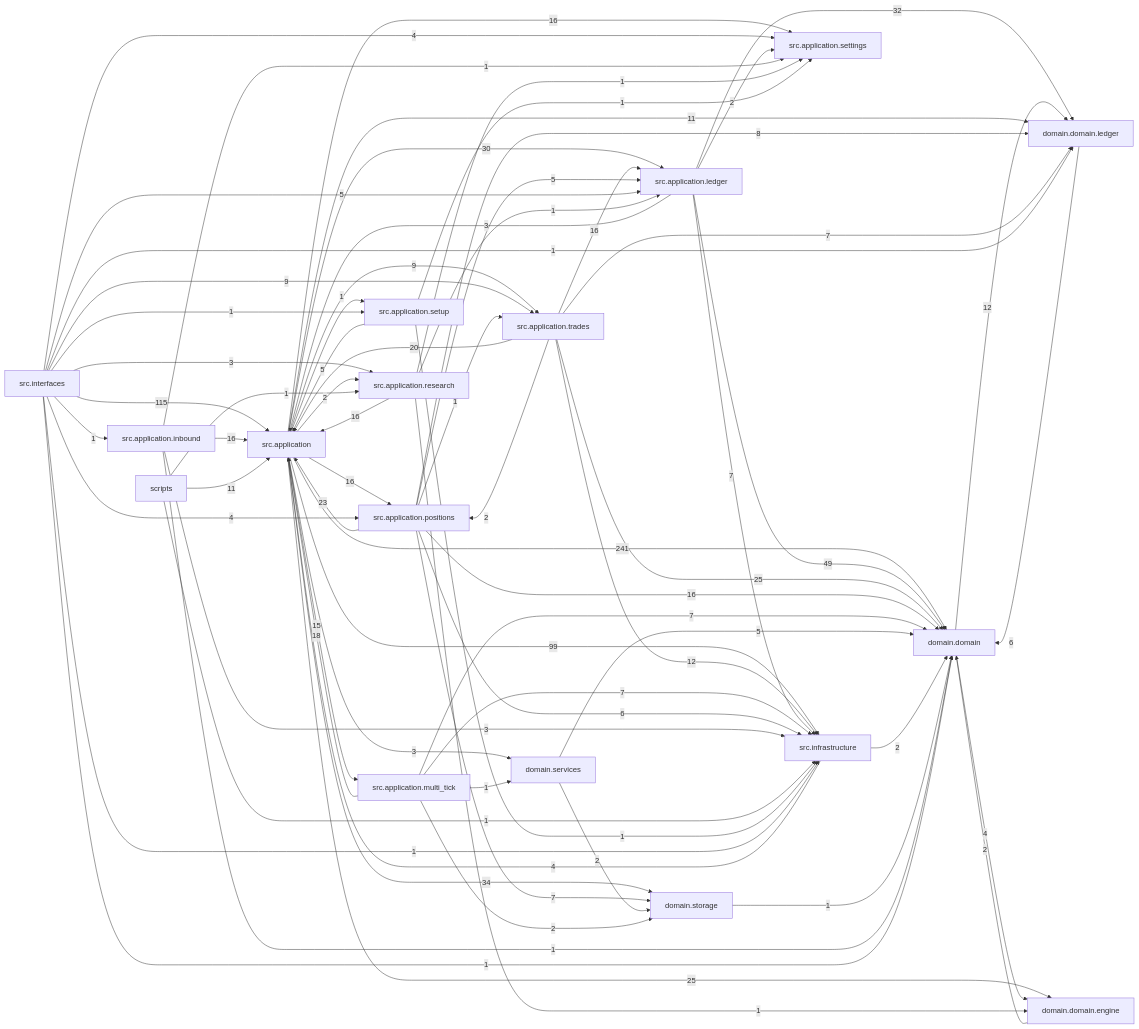
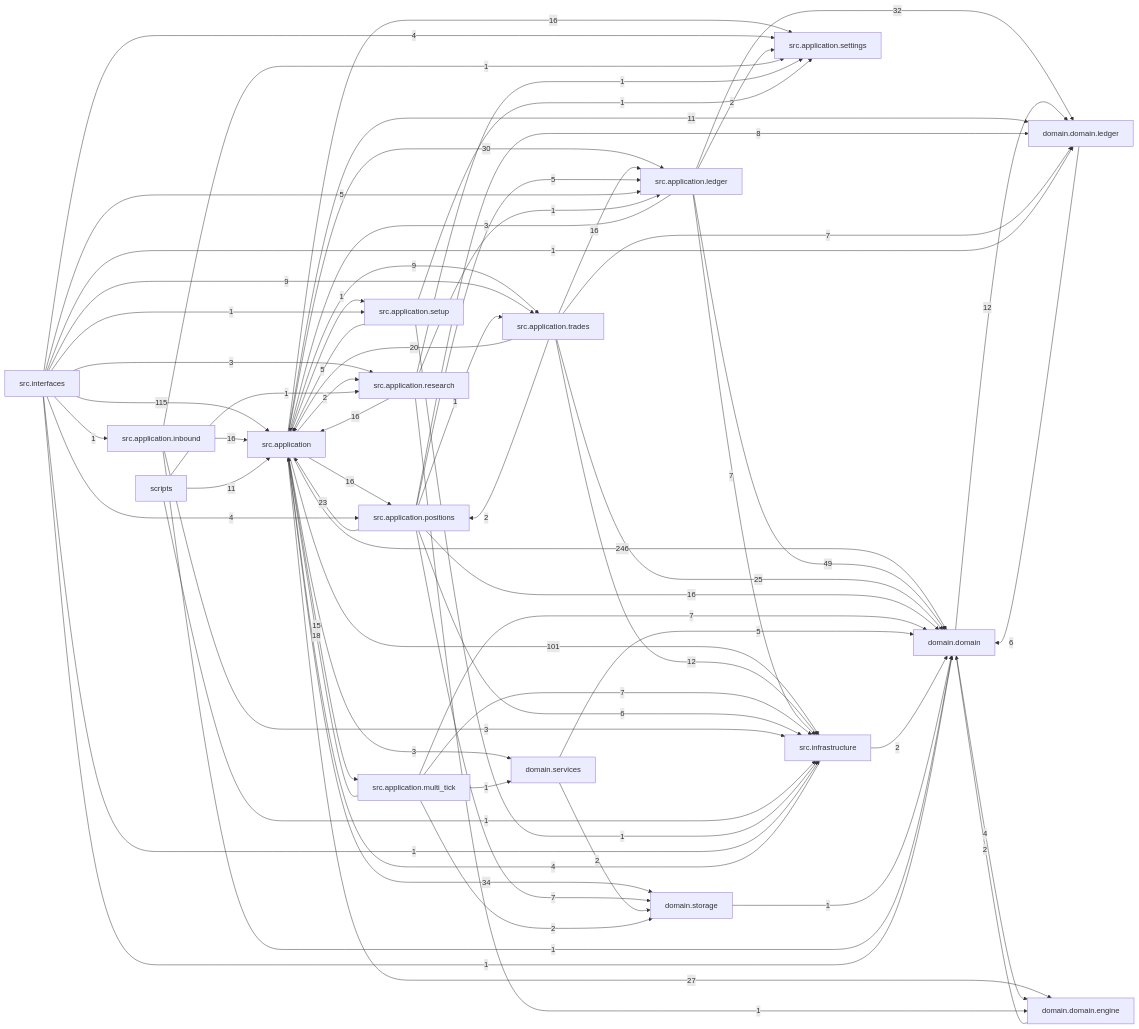
One commit to liuxie066/options-monitor changed the diagram in docs/dependency_graph.mmd. Above: the diagram before and after it, drawn with Mermaid. The commit also changed 1 other file, not shown here.

Commit message:
chore: regenerate dependency graph for 1.11.0

```diff
--- a/docs/dependency_graph.mmd
+++ b/docs/dependency_graph.mmd
@@ -1,71 +1,71 @@
 flowchart LR
-  src_application["src.application"] -->|241| domain_domain["domain.domain"]
+  src_application["src.application"] -->|246| domain_domain["domain.domain"]
   src_interfaces["src.interfaces"] -->|115| src_application["src.application"]
-  src_application["src.application"] -->|99| src_infrastructure["src.infrastructure"]
+  src_application["src.application"] -->|101| src_infrastructure["src.infrastructure"]
   src_application_ledger["src.application.ledger"] -->|49| domain_domain["domain.domain"]
   src_application["src.application"] -->|34| domain_storage["domain.storage"]
   src_application_ledger["src.application.ledger"] -->|32| domain_domain_ledger["domain.domain.ledger"]
   src_application["src.application"] -->|30| src_application_ledger["src.application.ledger"]
-  src_application["src.application"] -->|25| domain_domain_engine["domain.domain.engine"]
+  src_application["src.application"] -->|27| domain_domain_engine["domain.domain.engine"]
   src_application_trades["src.application.trades"] -->|25| domain_domain["domain.domain"]
   src_application_positions["src.application.positions"] -->|23| src_application["src.application"]
   src_application_trades["src.application.trades"] -->|20| src_application["src.application"]
   src_application_multi_tick["src.application.multi_tick"] -->|18| src_application["src.application"]
   src_application["src.application"] -->|16| src_application_positions["src.application.positions"]
   src_application["src.application"] -->|16| src_application_settings["src.application.settings"]
   src_application_inbound["src.application.inbound"] -->|16| src_application["src.application"]
   src_application_positions["src.application.positions"] -->|16| domain_domain["domain.domain"]
   src_application_research["src.application.research"] -->|16| src_application["src.application"]
   src_application_trades["src.application.trades"] -->|16| src_application_ledger["src.application.ledger"]
   src_application["src.application"] -->|15| src_application_multi_tick["src.application.multi_tick"]
   domain_domain["domain.domain"] -->|12| domain_domain_ledger["domain.domain.ledger"]
   src_application_trades["src.application.trades"] -->|12| src_infrastructure["src.infrastructure"]
   scripts["scripts"] -->|11| src_application["src.application"]
   src_application["src.application"] -->|11| domain_domain_ledger["domain.domain.ledger"]
   src_application["src.application"] -->|9| src_application_trades["src.application.trades"]
   src_interfaces["src.interfaces"] -->|9| src_application_trades["src.application.trades"]
   src_application_positions["src.application.positions"] -->|8| domain_domain_ledger["domain.domain.ledger"]
   src_application_ledger["src.application.ledger"] -->|7| src_infrastructure["src.infrastructure"]
   src_application_multi_tick["src.application.multi_tick"] -->|7| domain_domain["domain.domain"]
   src_application_multi_tick["src.application.multi_tick"] -->|7| src_infrastructure["src.infrastructure"]
   src_application_positions["src.application.positions"] -->|7| domain_storage["domain.storage"]
   src_application_trades["src.application.trades"] -->|7| domain_domain_ledger["domain.domain.ledger"]
   domain_domain_ledger["domain.domain.ledger"] -->|6| domain_domain["domain.domain"]
   src_application_positions["src.application.positions"] -->|6| src_infrastructure["src.infrastructure"]
   domain_services["domain.services"] -->|5| domain_domain["domain.domain"]
   src_application_positions["src.application.positions"] -->|5| src_application_ledger["src.application.ledger"]
   src_application_setup["src.application.setup"] -->|5| src_application["src.application"]
   src_interfaces["src.interfaces"] -->|5| src_application_ledger["src.application.ledger"]
   domain_domain["domain.domain"] -->|4| domain_domain_engine["domain.domain.engine"]
   src_infrastructure["src.infrastructure"] -->|4| src_application["src.application"]
   src_interfaces["src.interfaces"] -->|4| src_application_positions["src.application.positions"]
   src_interfaces["src.interfaces"] -->|4| src_application_settings["src.application.settings"]
   src_application["src.application"] -->|3| domain_services["domain.services"]
   src_application_inbound["src.application.inbound"] -->|3| src_infrastructure["src.infrastructure"]
   src_application_ledger["src.application.ledger"] -->|3| src_application["src.application"]
   src_interfaces["src.interfaces"] -->|3| src_application_research["src.application.research"]
   domain_domain_engine["domain.domain.engine"] -->|2| domain_domain["domain.domain"]
   domain_services["domain.services"] -->|2| domain_storage["domain.storage"]
   src_application["src.application"] -->|2| src_application_research["src.application.research"]
   src_application_ledger["src.application.ledger"] -->|2| src_application_settings["src.application.settings"]
   src_application_multi_tick["src.application.multi_tick"] -->|2| domain_storage["domain.storage"]
   src_application_trades["src.application.trades"] -->|2| src_application_positions["src.application.positions"]
   src_infrastructure["src.infrastructure"] -->|2| domain_domain["domain.domain"]
   domain_storage["domain.storage"] -->|1| domain_domain["domain.domain"]
   scripts["scripts"] -->|1| src_application_research["src.application.research"]
   scripts["scripts"] -->|1| src_infrastructure["src.infrastructure"]
   src_application["src.application"] -->|1| src_application_setup["src.application.setup"]
   src_application_inbound["src.application.inbound"] -->|1| domain_domain["domain.domain"]
   src_application_inbound["src.application.inbound"] -->|1| src_application_settings["src.application.settings"]
   src_application_multi_tick["src.application.multi_tick"] -->|1| domain_services["domain.services"]
   src_application_positions["src.application.positions"] -->|1| src_application_trades["src.application.trades"]
   src_application_research["src.application.research"] -->|1| domain_domain_engine["domain.domain.engine"]
   src_application_research["src.application.research"] -->|1| src_application_ledger["src.application.ledger"]
   src_application_research["src.application.research"] -->|1| src_application_settings["src.application.settings"]
   src_application_setup["src.application.setup"] -->|1| src_application_settings["src.application.settings"]
   src_application_setup["src.application.setup"] -->|1| src_infrastructure["src.infrastructure"]
   src_interfaces["src.interfaces"] -->|1| domain_domain["domain.domain"]
   src_interfaces["src.interfaces"] -->|1| domain_domain_ledger["domain.domain.ledger"]
   src_interfaces["src.interfaces"] -->|1| src_application_inbound["src.application.inbound"]
   src_interfaces["src.interfaces"] -->|1| src_application_setup["src.application.setup"]
   src_interfaces["src.interfaces"] -->|1| src_infrastructure["src.infrastructure"]
```
